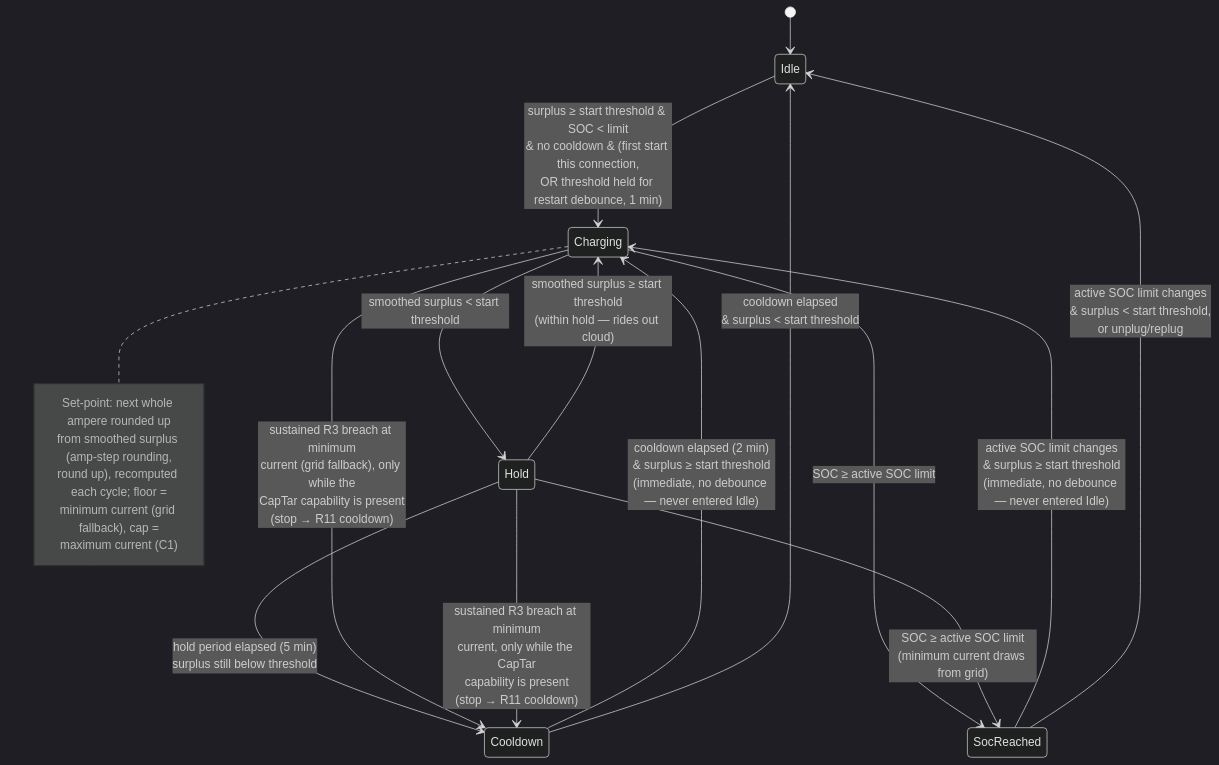
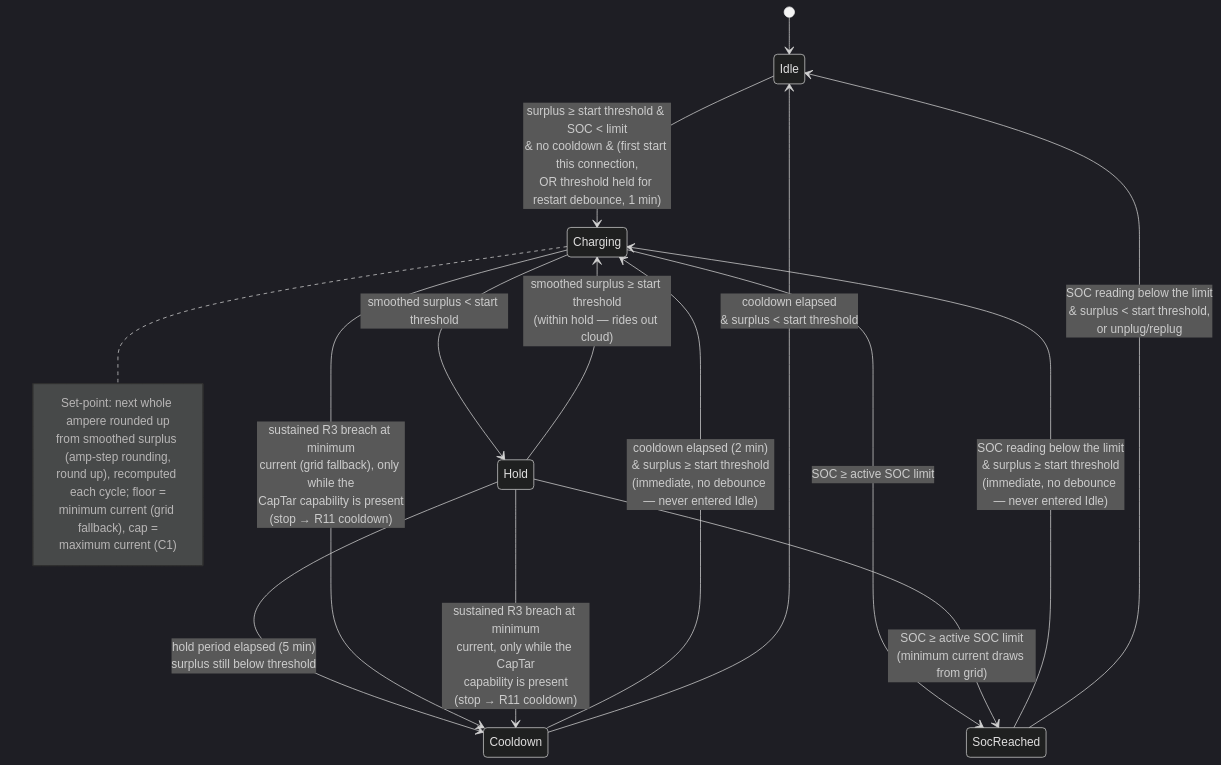
The diagram in docs/analysis/use-cases/UC01-charge-from-solar-surplus.md (kristofdegrave/homeassistant-smart-charging), drawn with Mermaid (dark theme) before and after one commit. The commit also changed other lines of this file and 5 other files, not shown here.

First line of the commit message:
requirement: a stop at the SOC limit ends when the limit rises, not when it changes (R7 AC5, UC01-UC04) (#1379)

````diff
--- a/docs/analysis/use-cases/UC01-charge-from-solar-surplus.md
+++ b/docs/analysis/use-cases/UC01-charge-from-solar-surplus.md
@@ -146,23 +146,23 @@
 ```mermaid
 stateDiagram-v2
     [*] --> Idle
     Idle --> Charging: surplus ≥ start threshold & SOC < limit<br/>& no cooldown & (first start this connection,<br/>OR threshold held for restart debounce, 1 min)
     Charging --> Hold: smoothed surplus < start threshold
     Hold --> Charging: smoothed surplus ≥ start threshold<br/>(within hold — rides out cloud)
     Hold --> Cooldown: hold period elapsed (5 min)<br/>surplus still below threshold
     Charging --> Cooldown: sustained R3 breach at minimum<br/>current (grid fallback), only while the<br/>CapTar capability is present<br/>(stop → R11 cooldown)
     Hold --> Cooldown: sustained R3 breach at minimum<br/>current, only while the CapTar<br/>capability is present<br/>(stop → R11 cooldown)
     Charging --> SocReached: SOC ≥ active SOC limit
     Hold --> SocReached: SOC ≥ active SOC limit<br/>(minimum current draws from grid)
     Cooldown --> Charging: cooldown elapsed (2 min)<br/>& surplus ≥ start threshold<br/>(immediate, no debounce — never entered Idle)
     Cooldown --> Idle: cooldown elapsed<br/>& surplus < start threshold
-    SocReached --> Charging: active SOC limit changes<br/>& surplus ≥ start threshold<br/>(immediate, no debounce — never entered Idle)
-    SocReached --> Idle: active SOC limit changes<br/>& surplus < start threshold,<br/>or unplug/replug
+    SocReached --> Charging: SOC reading below the limit<br/>& surplus ≥ start threshold<br/>(immediate, no debounce — never entered Idle)
+    SocReached --> Idle: SOC reading below the limit<br/>& surplus < start threshold,<br/>or unplug/replug
     note right of Charging
         Set-point: next whole ampere rounded up
         from smoothed surplus (amp-step rounding,
         round up), recomputed each cycle; floor =
         minimum current (grid fallback), cap =
         maximum current (C1)
     end note
 ```
````
